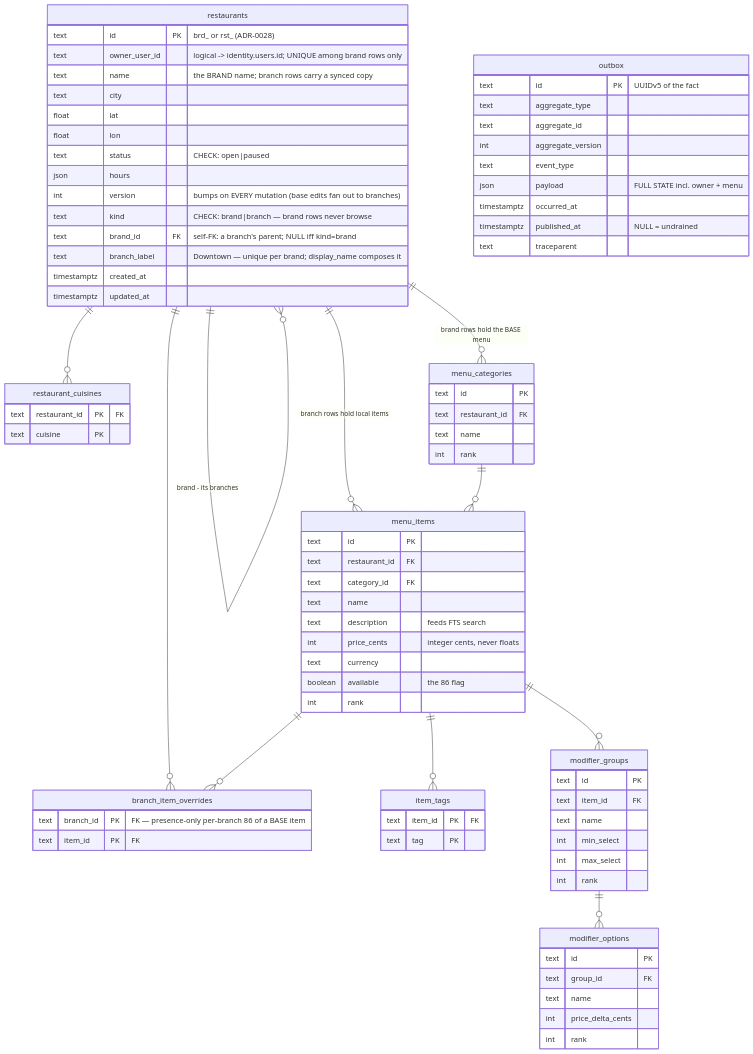
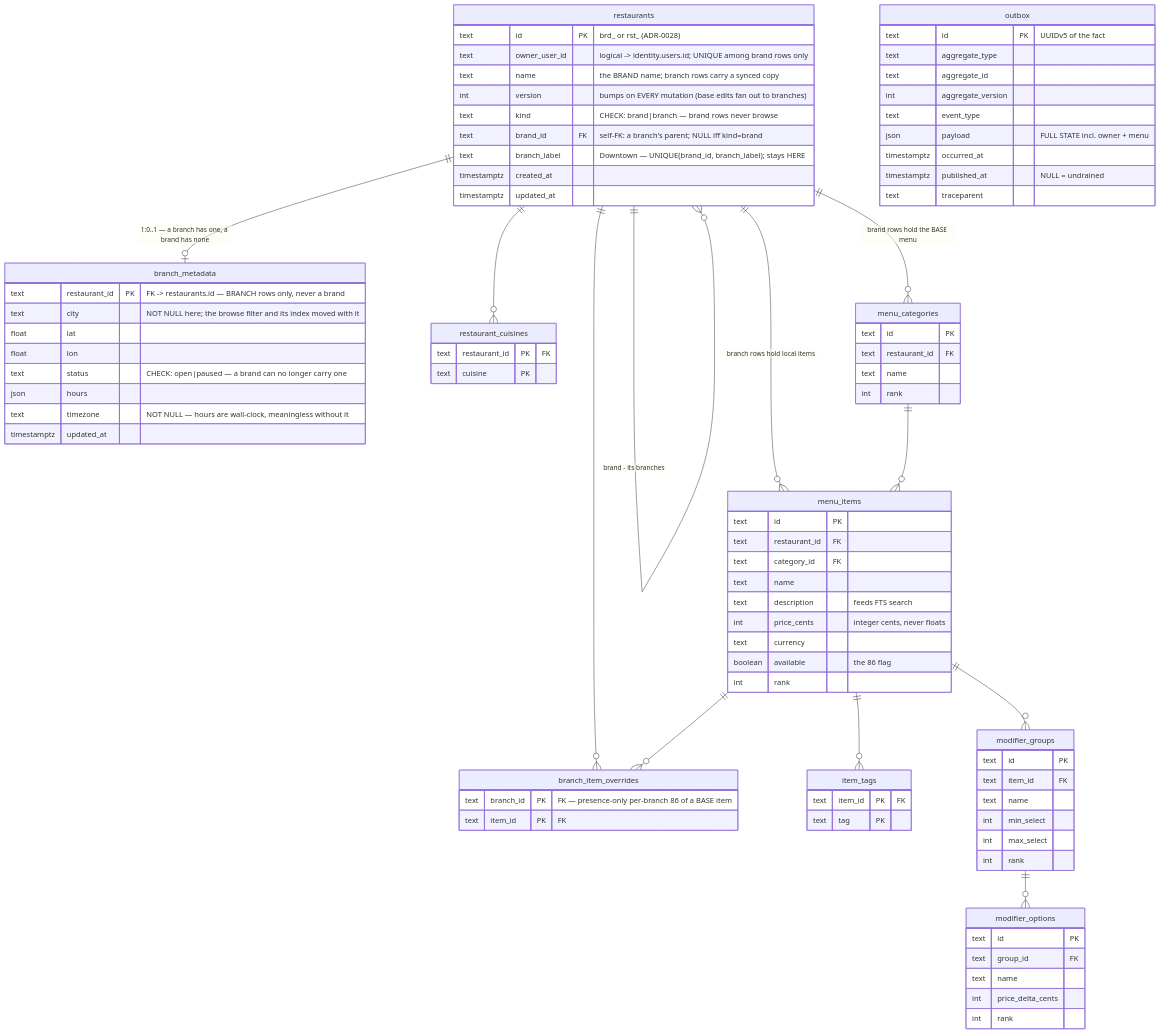
One commit to Aizazahmed-7/SmartFoodOps changed the second of 7 diagrams in docs/erd.md. Above: the diagram before and after it, drawn with Mermaid. The commit also changed other lines of this file, not shown here.

Commit message:
move branch metadata into seperate table

```diff
--- a/docs/erd.md
+++ b/docs/erd.md
@@ -76,16 +76,21 @@
         text id PK "brd_ or rst_ (ADR-0028)"
         text owner_user_id "logical -> identity.users.id; UNIQUE among brand rows only"
         text name "the BRAND name; branch rows carry a synced copy"
-        text city
-        float lat
-        float lon
-        text status "CHECK: open|paused"
-        json hours
         int version "bumps on EVERY mutation (base edits fan out to branches)"
         text kind "CHECK: brand|branch — brand rows never browse"
         text brand_id FK "self-FK: a branch's parent; NULL iff kind=brand"
-        text branch_label "Downtown — unique per brand; display_name composes it"
+        text branch_label "Downtown — UNIQUE(brand_id, branch_label); stays HERE"
         timestamptz created_at
+        timestamptz updated_at
+    }
+    branch_metadata {
+        text restaurant_id PK "FK -> restaurants.id — BRANCH rows only, never a brand"
+        text city "NOT NULL here; the browse filter and its index moved with it"
+        float lat
+        float lon
+        text status "CHECK: open|paused — a brand can no longer carry one"
+        json hours
+        text timezone "NOT NULL — hours are wall-clock, meaningless without it"
         timestamptz updated_at
     }
     branch_item_overrides {
@@ -144,6 +149,7 @@
         text traceparent
     }
     restaurants ||--o{ restaurants : "brand - its branches"
+    restaurants ||--o| branch_metadata : "1:0..1 — a branch has one, a brand has none"
     restaurants ||--o{ restaurant_cuisines : ""
     restaurants ||--o{ menu_categories : "brand rows hold the BASE menu"
     restaurants ||--o{ menu_items : "branch rows hold local items"
```
